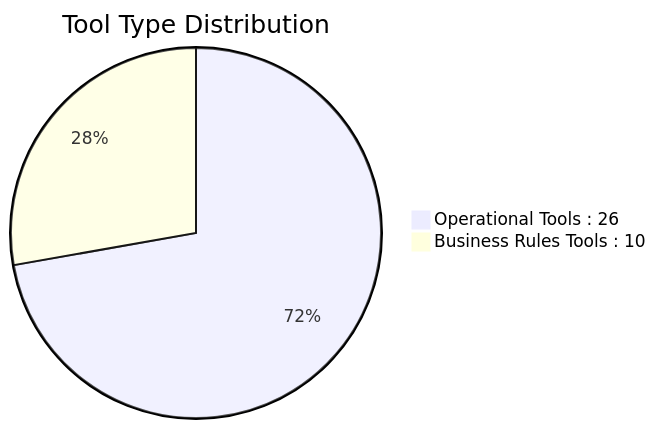
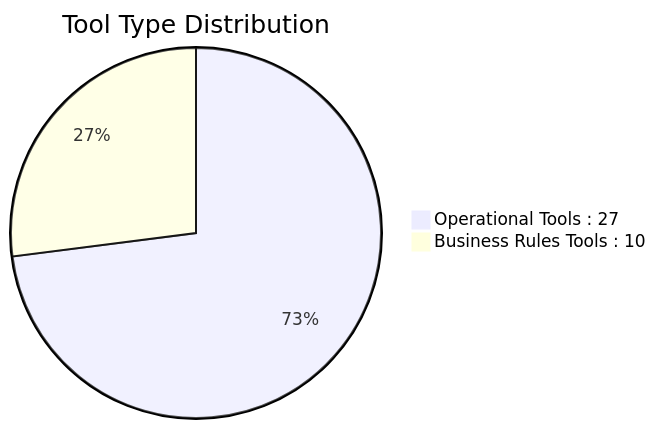
Before and after one commit to rrbanda/mortgage-agents: the fifth of 7 diagrams in docs/ARCHITECTURE_DIAGRAMS.md, drawn with Mermaid. The commit also changed other lines of this file, not shown here.

First line of the commit message:
docs: Update ARCHITECTURE_DIAGRAMS.md with appraisal scheduling feature

````diff
--- a/docs/ARCHITECTURE_DIAGRAMS.md
+++ b/docs/ARCHITECTURE_DIAGRAMS.md
@@ -249,5 +241,5 @@
 ```mermaid
 pie title Tool Type Distribution
-    "Operational Tools : 26" : 26
+    "Operational Tools : 27" : 27
     "Business Rules Tools : 10" : 10
 ```
````
